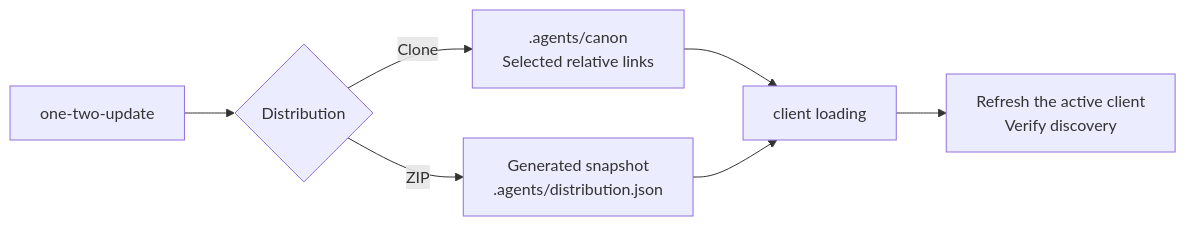
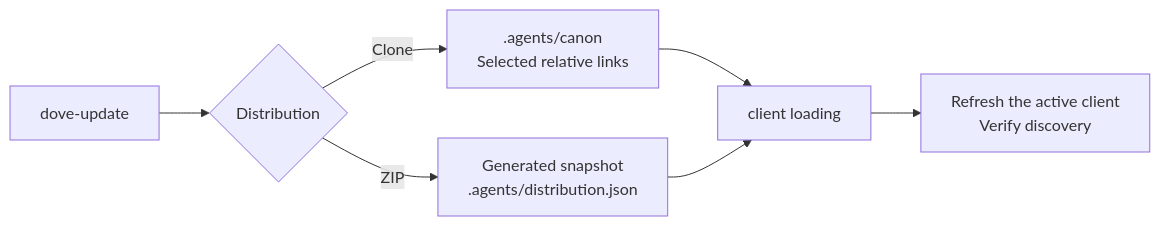
One commit to cangrejometralleta/OneTwoThree changed the third of 4 diagrams in README.md. Above: the diagram before and after it, drawn with Mermaid. The commit also changed other lines of this file and 22 other files, not shown here.

````diff
--- a/README.md
+++ b/README.md
@@ -294,9 +294,9 @@
 ```mermaid
 flowchart LR
-    UPDATE["one-two-update"] --> FORMAT{"Distribution"}
+    UPDATE["dove-update"] --> FORMAT{"Distribution"}
     FORMAT -- "Clone" --> CLONE[".agents/canon<br/>Selected relative links"]
     FORMAT -- "ZIP" --> ZIP["Generated snapshot<br/>.agents/distribution.json"]
     CLONE --> RELOAD["client loading"]
     ZIP --> RELOAD
     RELOAD --> VERIFY["Refresh the active client<br/>Verify discovery"]
 ```
````
